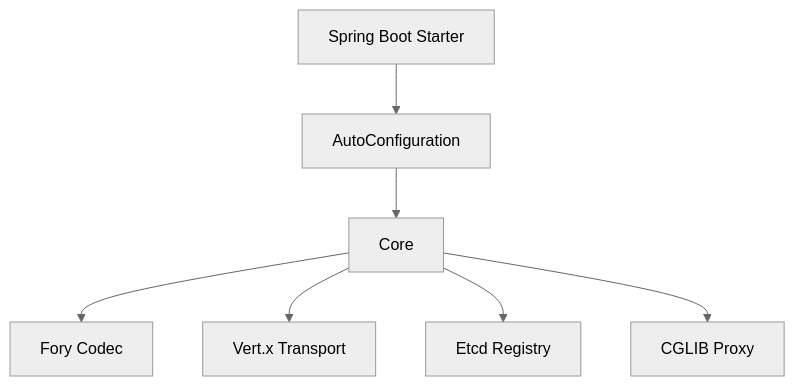
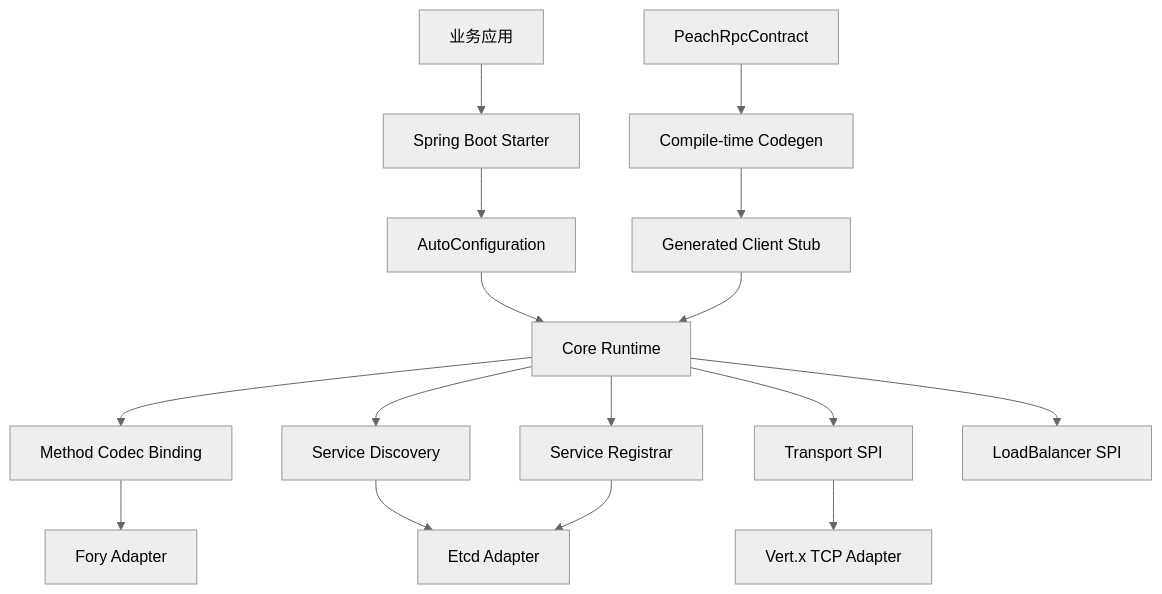
Before and after one commit to Ryan-Guizhou/peach-rpc: the first of 2 diagrams in docs/architecture.md, drawn with Mermaid (neutral theme). The commit also changed other lines of this file and 61 other files, not shown here.

````diff
--- a/docs/architecture.md
+++ b/docs/architecture.md
@@ -11,9 +15,18 @@
 ```mermaid
 flowchart TB
-    Starter[Spring Boot Starter] --> Auto[AutoConfiguration]
-    Auto --> Core[Core]
-    Core --> Fory[Fory Codec]
-    Core --> Vertx[Vert.x Transport]
-    Core --> Etcd[Etcd Registry]
-    Core --> Cglib[CGLIB Proxy]
+    App[业务应用] --> Starter[Spring Boot Starter]
+    Starter --> Auto[AutoConfiguration]
+    Auto --> Core[Core Runtime]
+    Contract[PeachRpcContract] --> Codegen[Compile-time Codegen]
+    Codegen --> Stub[Generated Client Stub]
+    Stub --> Core
+    Core --> Codec[Method Codec Binding]
+    Core --> Discovery[Service Discovery]
+    Core --> Registrar[Service Registrar]
+    Core --> Transport[Transport SPI]
+    Core --> LB[LoadBalancer SPI]
+    Codec --> Fory[Fory Adapter]
+    Discovery --> Etcd[Etcd Adapter]
+    Registrar --> Etcd
+    Transport --> Vertx[Vert.x TCP Adapter]
 ```
````
